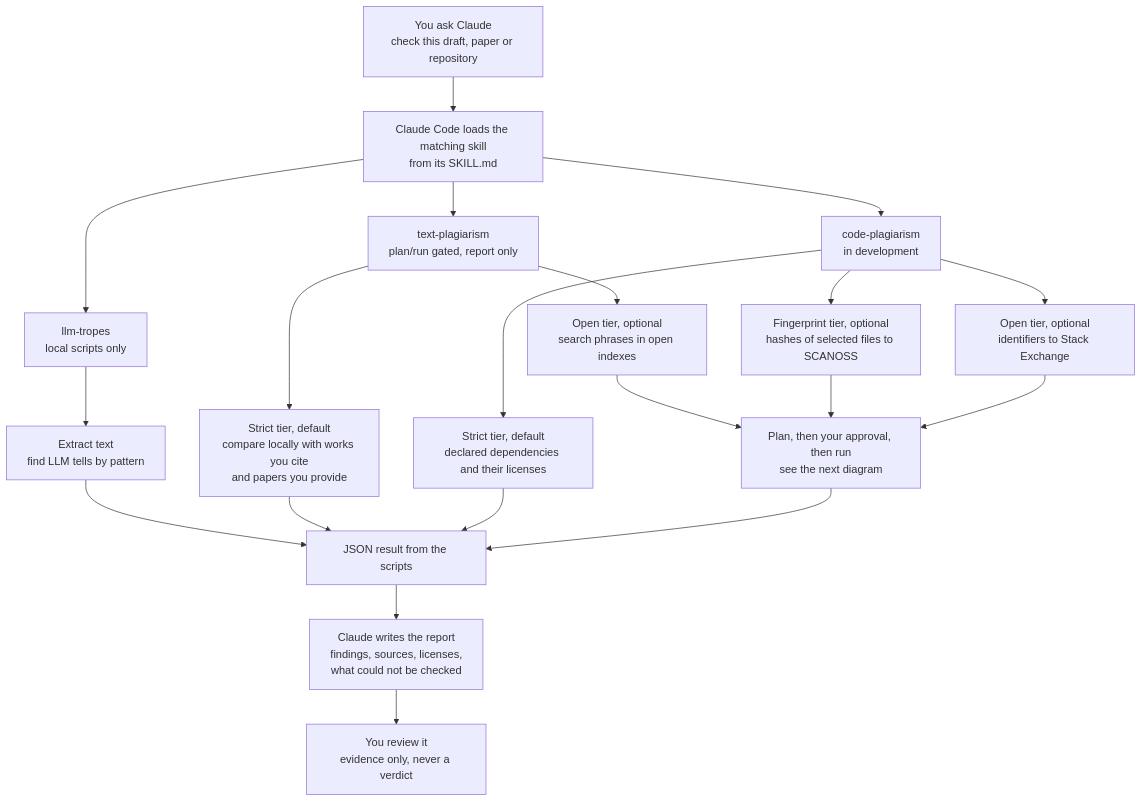
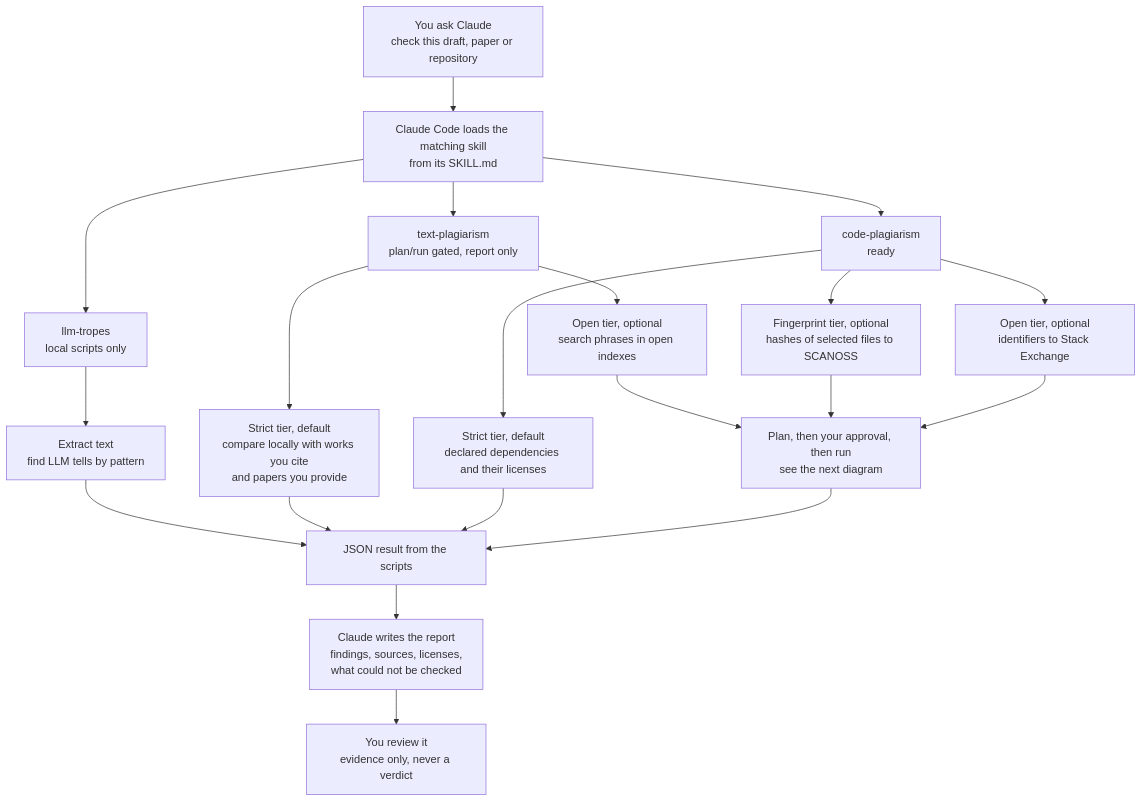
One commit to alvarobernal2412/research-scanners changed the first of 2 diagrams in README.md. Above: the diagram before and after it, drawn with Mermaid. The commit also changed other lines of this file and 1 other file, not shown here.

Commit message:
docs: list code-plagiarism in README and NOTICE

````diff
--- a/README.md
+++ b/README.md
@@ -47,28 +47,28 @@
 ```mermaid
 flowchart TD
     U["You ask Claude<br/>check this draft, paper or repository"] --> C["Claude Code loads the matching skill<br/>from its SKILL.md"]
 
     C --> T["llm-tropes<br/>local scripts only"]
     C --> X["text-plagiarism<br/>plan/run gated, report only"]
-    C --> K["code-plagiarism<br/>in development"]
+    C --> K["code-plagiarism<br/>ready"]
 
     T --> T1["Extract text<br/>find LLM tells by pattern"]
     T1 --> R["JSON result from the scripts"]
 
     X --> X1["Strict tier, default<br/>compare locally with works you cite<br/>and papers you provide"]
     X --> X2["Open tier, optional<br/>search phrases in open indexes"]
     K --> K1["Strict tier, default<br/>declared dependencies and their licenses"]
     K --> K2["Fingerprint tier, optional<br/>hashes of selected files to SCANOSS"]
     K --> K3["Open tier, optional<br/>identifiers to Stack Exchange"]
 
     X1 --> R
     K1 --> R
     X2 --> G
     K2 --> G
     K3 --> G
 
     G["Plan, then your approval, then run<br/>see the next diagram"] --> R
 
     R --> M["Claude writes the report<br/>findings, sources, licenses,<br/>what could not be checked"]
     M --> U2["You review it<br/>evidence only, never a verdict"]
 ```
````
